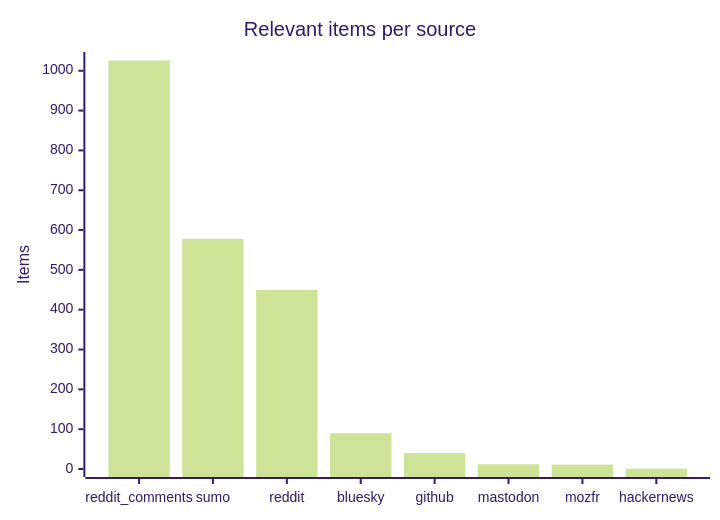
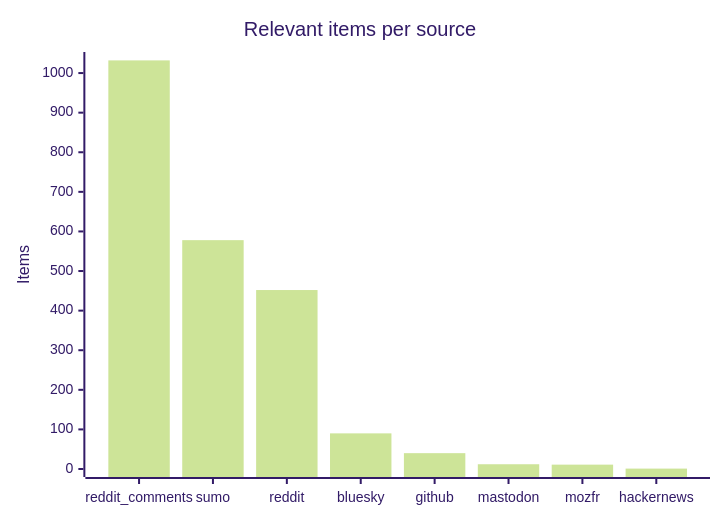
One commit to martinbalfanz/social-scanner-reports changed the third of 4 diagrams in README.md. Above: the diagram before and after it, drawn with Mermaid (forest theme). The commit also changed other lines of this file and 4 other files, not shown here.

````diff
--- a/README.md
+++ b/README.md
@@ -48,7 +48,7 @@
 ```mermaid
 xychart-beta
     title "Relevant items per source"
     x-axis ["reddit_comments", "sumo", "reddit", "bluesky", "github", "mastodon", "mozfr", "hackernews"]
-    y-axis "Items" 0 --> 1027
-    bar [1026, 578, 450, 90, 40, 12, 11, 1]
+    y-axis "Items" 0 --> 1033
+    bar [1032, 578, 452, 90, 40, 12, 11, 1]
 ```
````
